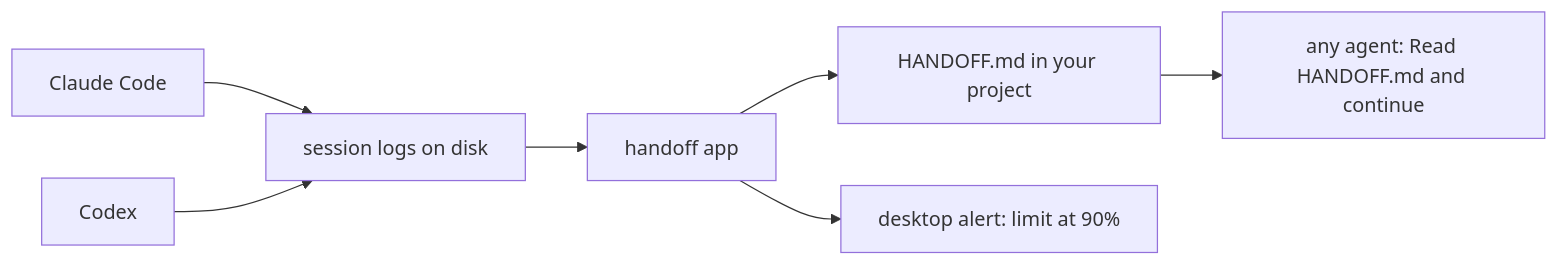
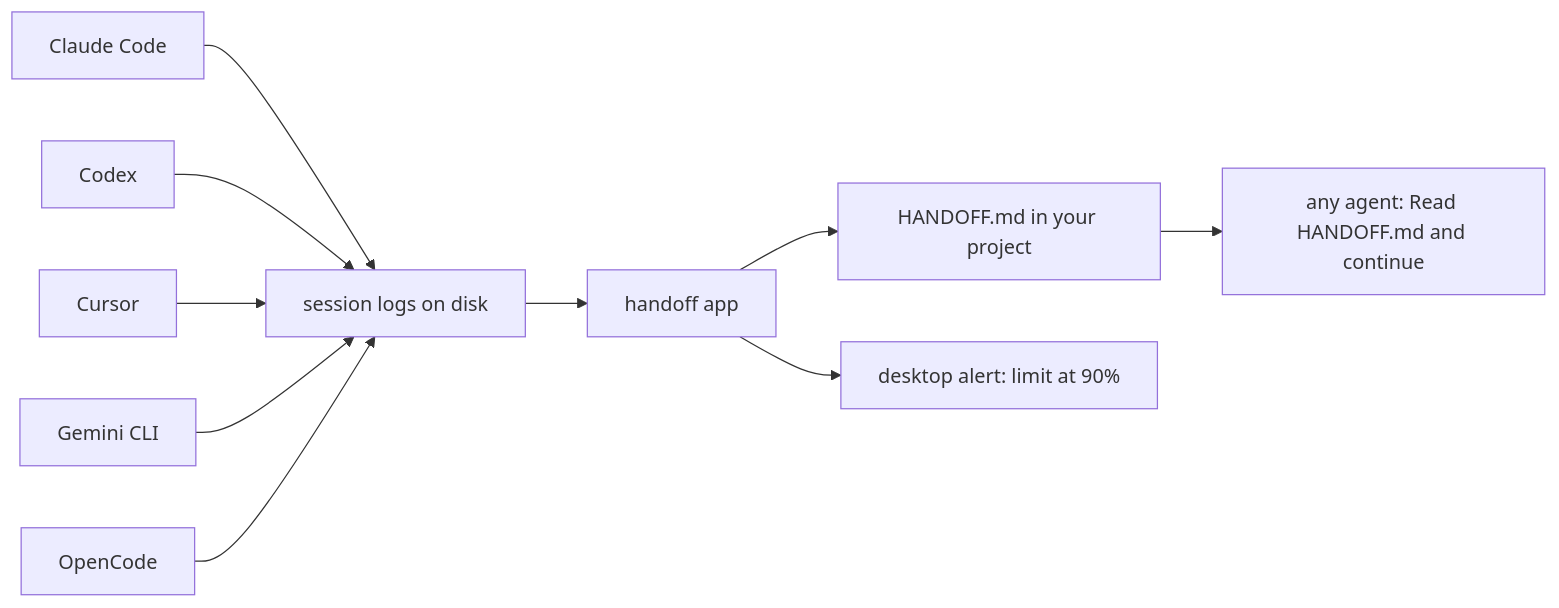
Before and after one commit to chentaymane/handOff: the diagram in README.md, drawn with Mermaid. The commit also changed other lines of this file and 16 other files, not shown here.

First line of the commit message:
Read Cursor, OpenCode and Gemini CLI sessions too

````diff
--- a/README.md
+++ b/README.md
@@ -26,9 +26,12 @@
 ```mermaid
 flowchart LR
     A["Claude Code"] --> L["session logs on disk"]
     B["Codex"] --> L
+    C["Cursor"] --> L
+    D["Gemini CLI"] --> L
+    E["OpenCode"] --> L
     L --> H["handoff app"]
     H --> F["HANDOFF.md in your project"]
     H --> N["desktop alert: limit at 90%"]
     F --> X["any agent: Read HANDOFF.md and continue"]
 ```
````
